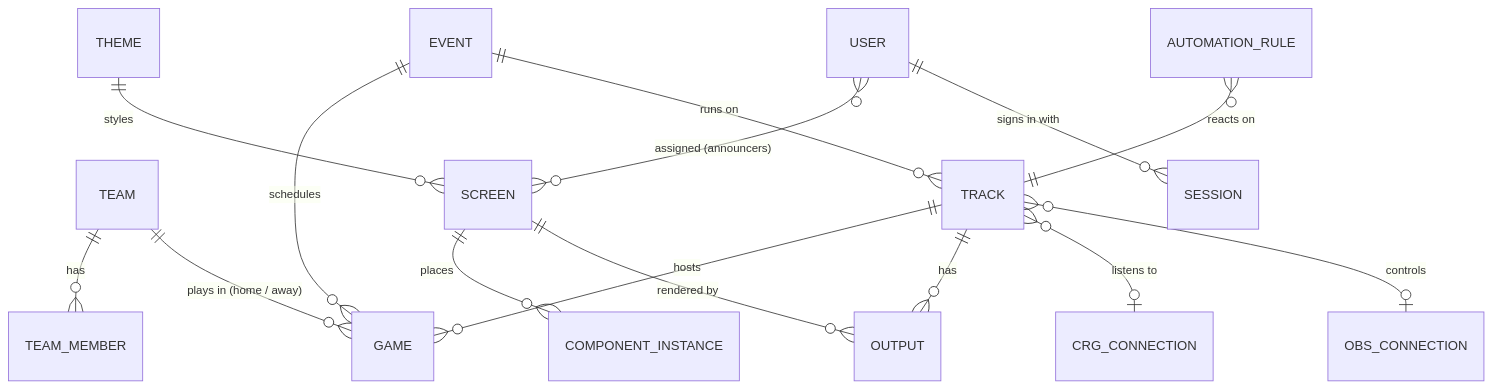
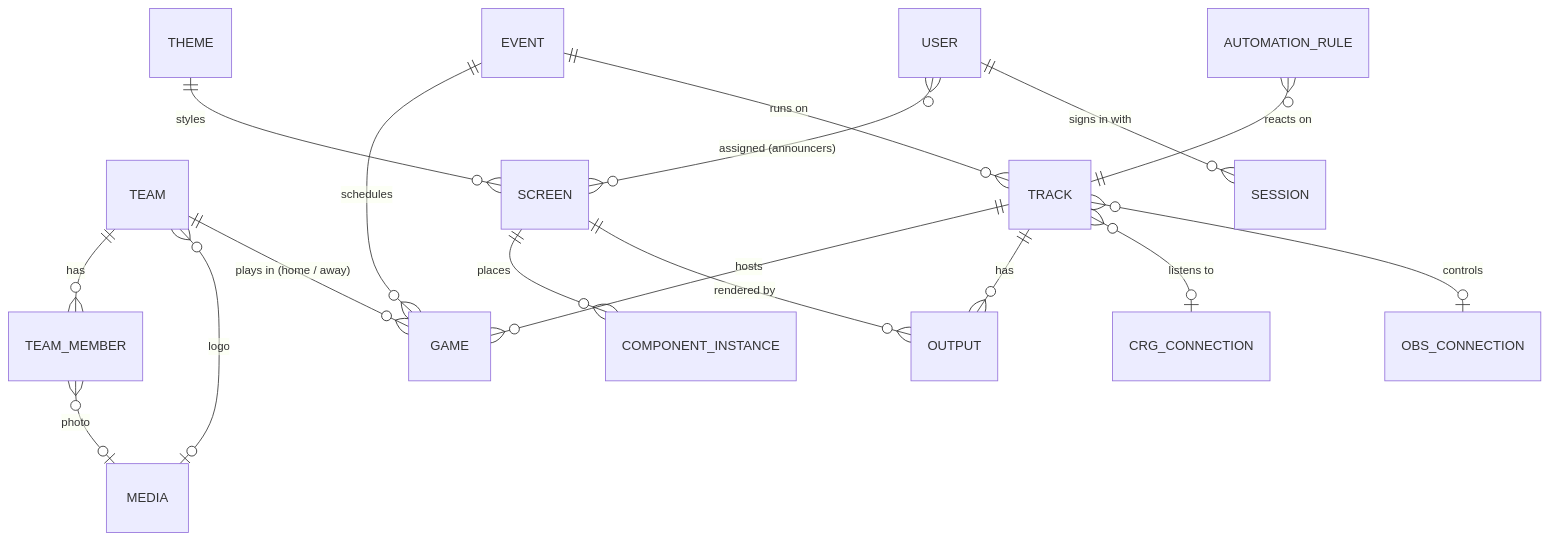
The diagram in docs/architecture/data-model.md (wardmanm/rollcall_derby), drawn with Mermaid before and after one commit. The commit also changed other lines of this file and 12 other files, not shown here.

````diff
--- a/docs/architecture/data-model.md
+++ b/docs/architecture/data-model.md
@@ -10,17 +10,19 @@
 ```mermaid
 erDiagram
   TEAM ||--o{ TEAM_MEMBER : has
+  TEAM }o--o| MEDIA : "logo"
+  TEAM_MEMBER }o--o| MEDIA : "photo"
   THEME ||--o{ SCREEN : styles
   SCREEN ||--o{ COMPONENT_INSTANCE : places
   EVENT ||--o{ GAME : schedules
   EVENT ||--o{ TRACK : "runs on"
   TRACK ||--o{ GAME : hosts
   TEAM ||--o{ GAME : "plays in (home / away)"
   TRACK ||--o{ OUTPUT : has
   SCREEN ||--o{ OUTPUT : "rendered by"
   TRACK }o--o| CRG_CONNECTION : "listens to"
   TRACK }o--o| OBS_CONNECTION : controls
   AUTOMATION_RULE }o--|| TRACK : "reacts on"
   USER }o--o{ SCREEN : "assigned (announcers)"
   USER ||--o{ SESSION : "signs in with"
 ```
````
